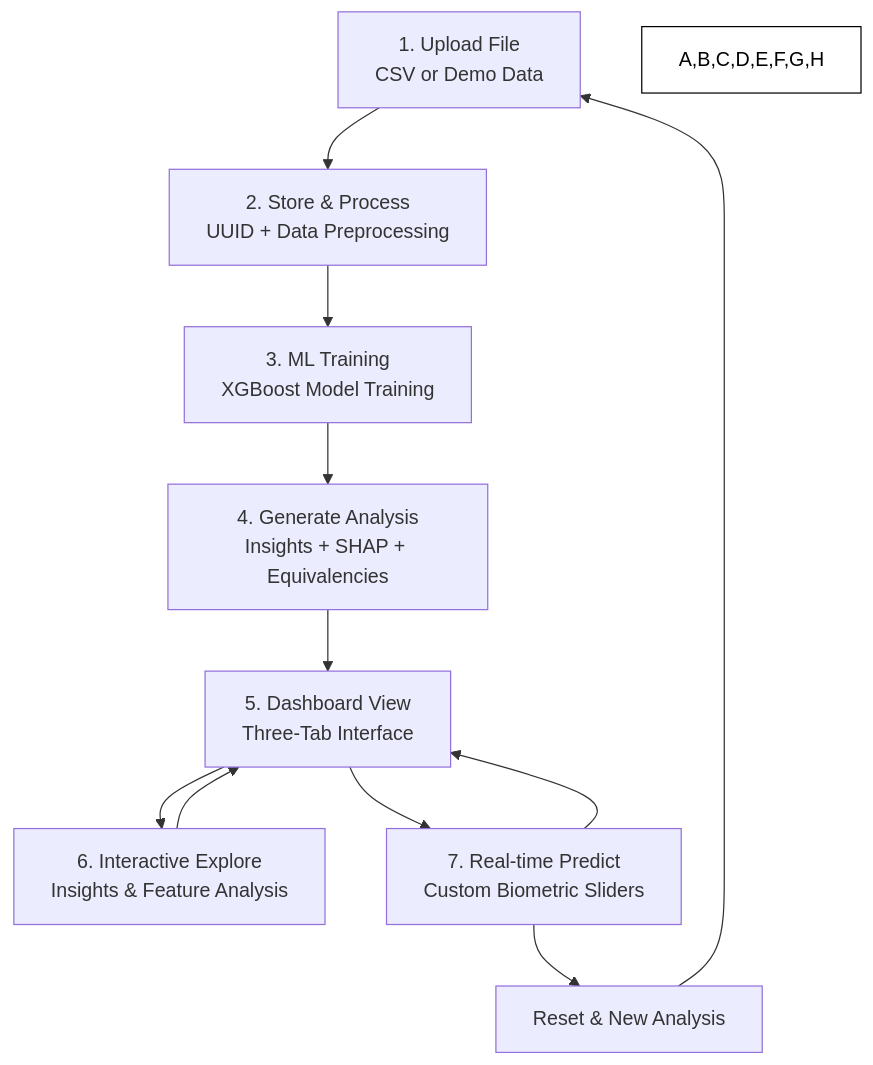
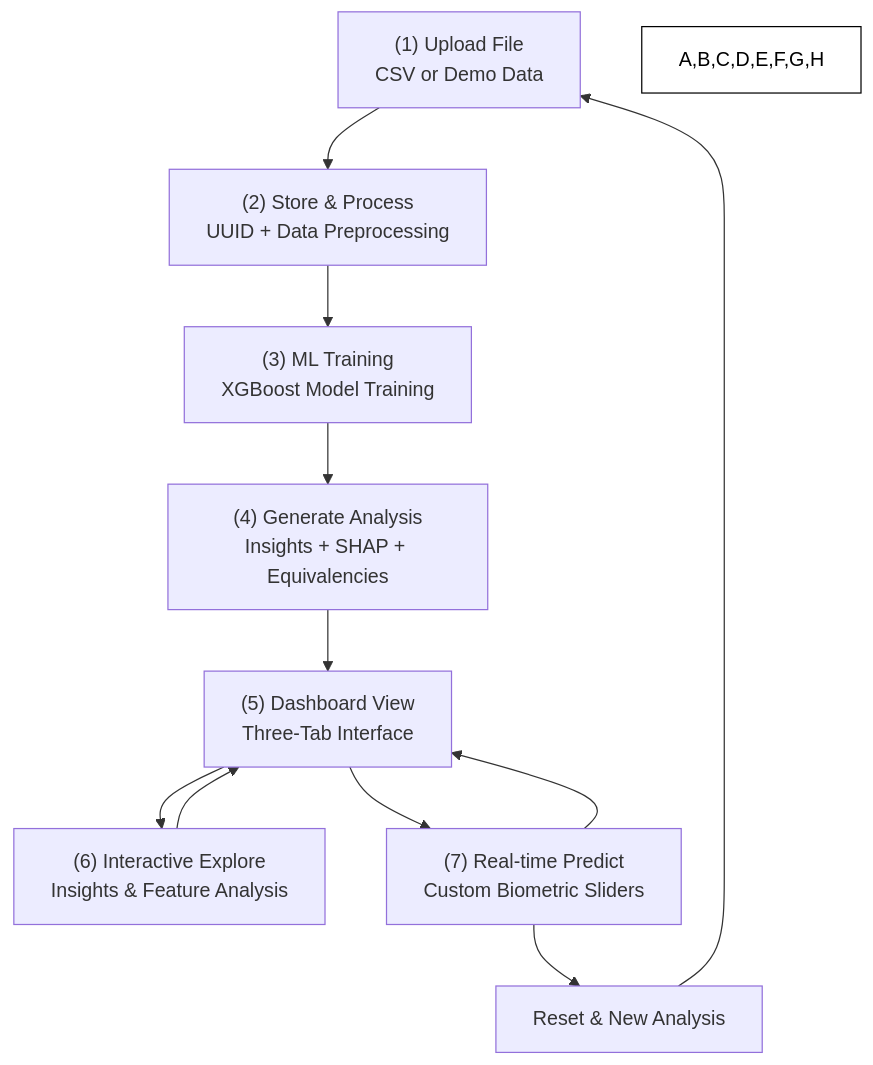
Before and after one commit to elliotrosen20/whoop-extended: the diagram in documentation/simplified_flow_diagram.md, drawn with Mermaid.

Commit message:
Fix node labeling in simplified mermaid diagram

````diff
--- a/documentation/simplified_flow_diagram.md
+++ b/documentation/simplified_flow_diagram.md
@@ -5,24 +5,24 @@
 ```mermaid
 graph TD
-    A["1. Upload File<br/>CSV or Demo Data"];
-    B["2. Store & Process<br/>UUID + Data Preprocessing"];
-    C["3. ML Training<br/>XGBoost Model Training"];
-    D["4. Generate Analysis<br/>Insights + SHAP + Equivalencies"];
-    E["5. Dashboard View<br/>Three-Tab Interface"];
-    F["6. Interactive Explore<br/>Insights & Feature Analysis"];
-    G["7. Real-time Predict<br/>Custom Biometric Sliders"];
+    A["(1) Upload File<br/>CSV or Demo Data"];
+    B["(2) Store & Process<br/>UUID + Data Preprocessing"];
+    C["(3) ML Training<br/>XGBoost Model Training"];
+    D["(4) Generate Analysis<br/>Insights + SHAP + Equivalencies"];
+    E["(5) Dashboard View<br/>Three-Tab Interface"];
+    F["(6) Interactive Explore<br/>Insights & Feature Analysis"];
+    G["(7) Real-time Predict<br/>Custom Biometric Sliders"];
     H["Reset & New Analysis"];
 
     A --> B;
     B --> C;
     C --> D;
     D --> E;
     E --> F;
     E --> G;
     F --> E;
     G --> E;
     G --> H;
     H --> A;
     
     style A,B,C,D,E,F,G,H fill:#ffffff,stroke:#000000,color:#000000
 ```
````
